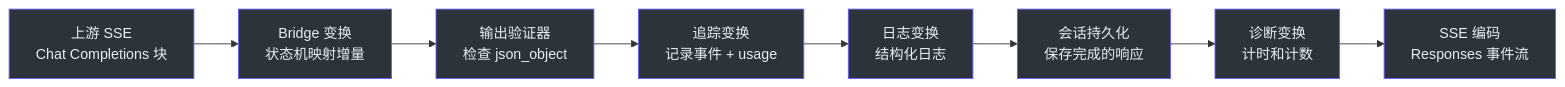
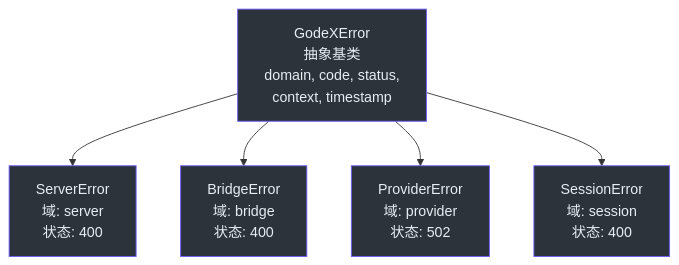
One commit to zamelee/GodeX changed the second of 2 diagrams in wiki/zh/onboarding/contributor-guide.md. Above: the diagram before and after it, drawn with Mermaid. The commit also changed other lines of this file and 120 other files, not shown here.

Commit message:
docs: comprehensive VitePress wiki with dark theme, EN/ZH sync, and Mermaid fixes (#118)

````diff
--- a/wiki/zh/onboarding/contributor-guide.md
+++ b/wiki/zh/onboarding/contributor-guide.md
@@ -246,19 +376,19 @@
 ```mermaid
-graph LR
-  Upstream["上游 SSE<br>Chat Completions 块"] --> Bridge["Bridge 变换<br>状态机映射增量"]
-  Bridge --> Validate["输出验证器<br>检查 json_object"]
-  Validate --> Trace["追踪变换<br>记录事件 + usage"]
-  Trace --> Log["日志变换<br>结构化日志"]
-  Log --> Persist["会话持久化<br>保存完成的响应"]
-  Persist --> Diag["诊断变换<br>计时和计数"]
-  Diag --> SSE["SSE 编码<br>Responses 事件流"]
+graph TB
+  GodeXErr["GodeXError<br>抽象基类<br>domain, code, status,<br>context, timestamp"]
+  ServerErr["ServerError<br>域: server<br>状态: 400"]
+  BridgeErr["BridgeError<br>域: bridge<br>状态: 400"]
+  ProviderErr["ProviderError<br>域: provider<br>状态: 502"]
+  SessionErr["SessionError<br>域: session<br>状态: 400"]
 
-  style Upstream fill:#2d333b,stroke:#6d5dfc,color:#e6edf3
-  style Bridge fill:#2d333b,stroke:#6d5dfc,color:#e6edf3
-  style Validate fill:#2d333b,stroke:#6d5dfc,color:#e6edf3
-  style Trace fill:#2d333b,stroke:#6d5dfc,color:#e6edf3
-  style Log fill:#2d333b,stroke:#6d5dfc,color:#e6edf3
-  style Persist fill:#2d333b,stroke:#6d5dfc,color:#e6edf3
-  style Diag fill:#2d333b,stroke:#6d5dfc,color:#e6edf3
-  style SSE fill:#2d333b,stroke:#6d5dfc,color:#e6edf3
+  GodeXErr --> ServerErr
+  GodeXErr --> BridgeErr
+  GodeXErr --> ProviderErr
+  GodeXErr --> SessionErr
+
+  style GodeXErr fill:#2d333b,stroke:#6d5dfc,color:#e6edf3
+  style ServerErr fill:#2d333b,stroke:#6d5dfc,color:#e6edf3
+  style BridgeErr fill:#2d333b,stroke:#6d5dfc,color:#e6edf3
+  style ProviderErr fill:#2d333b,stroke:#6d5dfc,color:#e6edf3
+  style SessionErr fill:#2d333b,stroke:#6d5dfc,color:#e6edf3
 ```
````
